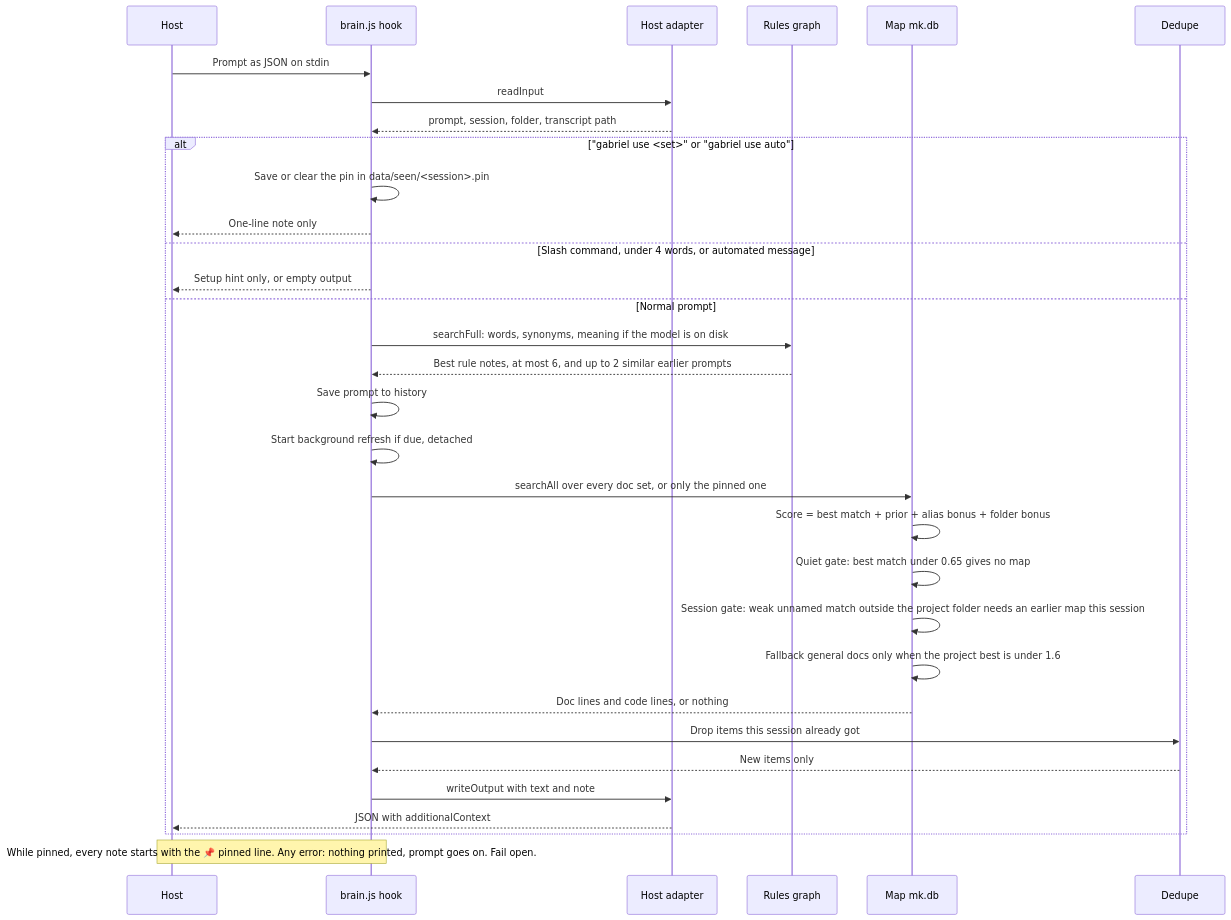
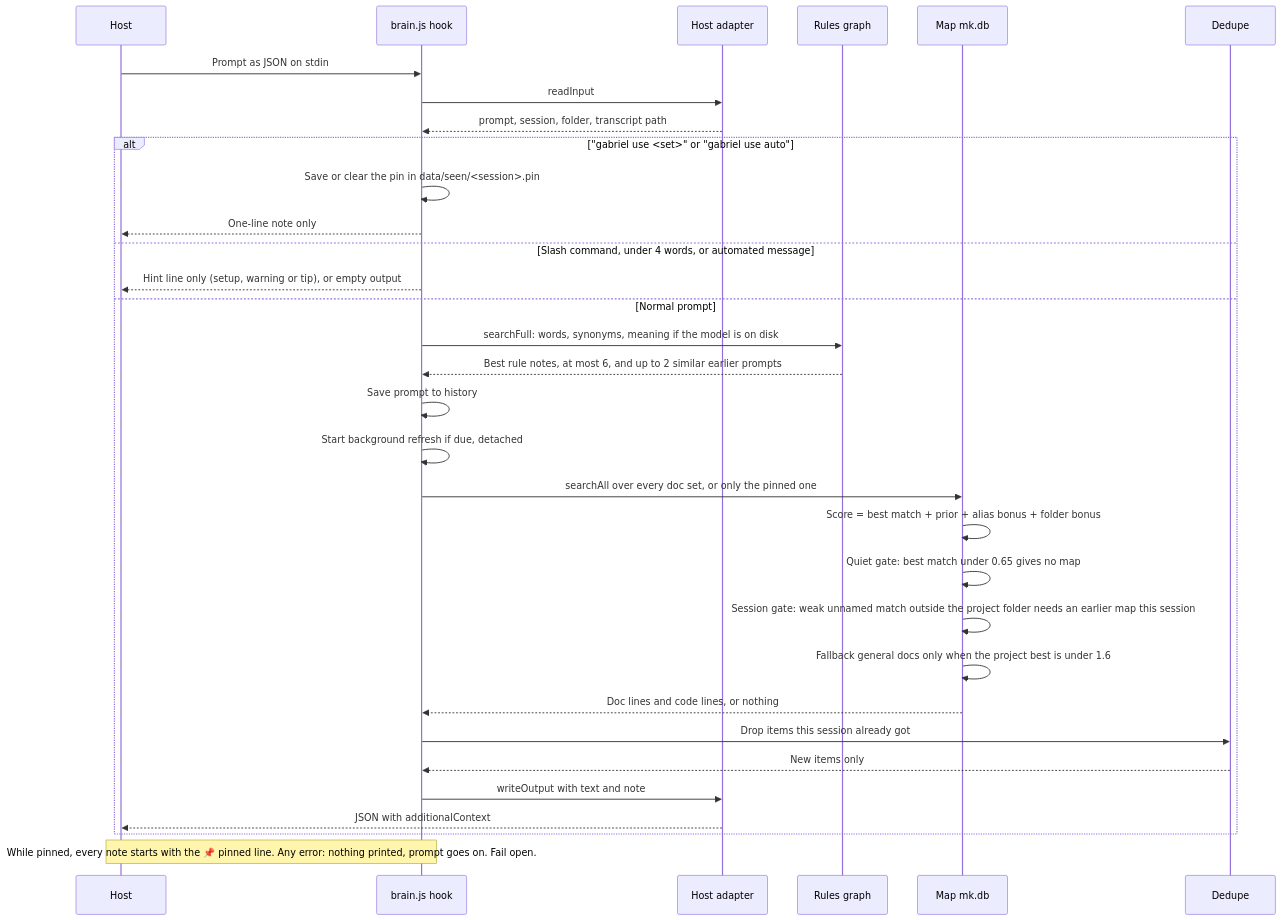
The second of 10 diagrams in docs/WORKFLOWS.md (ThanhNVan/gabriel-plugin), drawn with Mermaid before and after one commit. The commit also changed other lines of this file and 19 other files, not shown here.

````diff
--- a/docs/WORKFLOWS.md
+++ b/docs/WORKFLOWS.md
@@ -51,34 +51,34 @@
 ```mermaid
 sequenceDiagram
   participant H as Host
   participant B as brain.js hook
   participant A as Host adapter
   participant R as Rules graph
   participant M as Map mk.db
   participant D as Dedupe
   H->>B: Prompt as JSON on stdin
   B->>A: readInput
   A-->>B: prompt, session, folder, transcript path
   alt "gabriel use <set>" or "gabriel use auto"
     B->>B: Save or clear the pin in data/seen/<session>.pin
     B-->>H: One-line note only
   else Slash command, under 4 words, or automated message
-    B-->>H: Setup hint only, or empty output
+    B-->>H: Hint line only (setup, warning or tip), or empty output
   else Normal prompt
     B->>R: searchFull: words, synonyms, meaning if the model is on disk
     R-->>B: Best rule notes, at most 6, and up to 2 similar earlier prompts
     B->>B: Save prompt to history
     B->>B: Start background refresh if due, detached
     B->>M: searchAll over every doc set, or only the pinned one
     M->>M: Score = best match + prior + alias bonus + folder bonus
     M->>M: Quiet gate: best match under 0.65 gives no map
     M->>M: Session gate: weak unnamed match outside the project folder needs an earlier map this session
     M->>M: Fallback general docs only when the project best is under 1.6
     M-->>B: Doc lines and code lines, or nothing
     B->>D: Drop items this session already got
     D-->>B: New items only
     B->>A: writeOutput with text and note
     A-->>H: JSON with additionalContext
   end
   Note over B,H: While pinned, every note starts with the 📌 pinned line. Any error: nothing printed, prompt goes on. Fail open.
 ```
````
